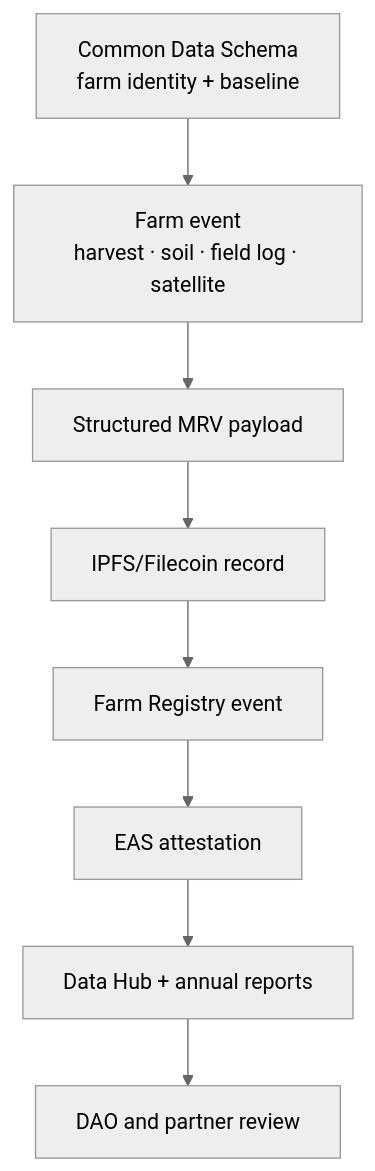
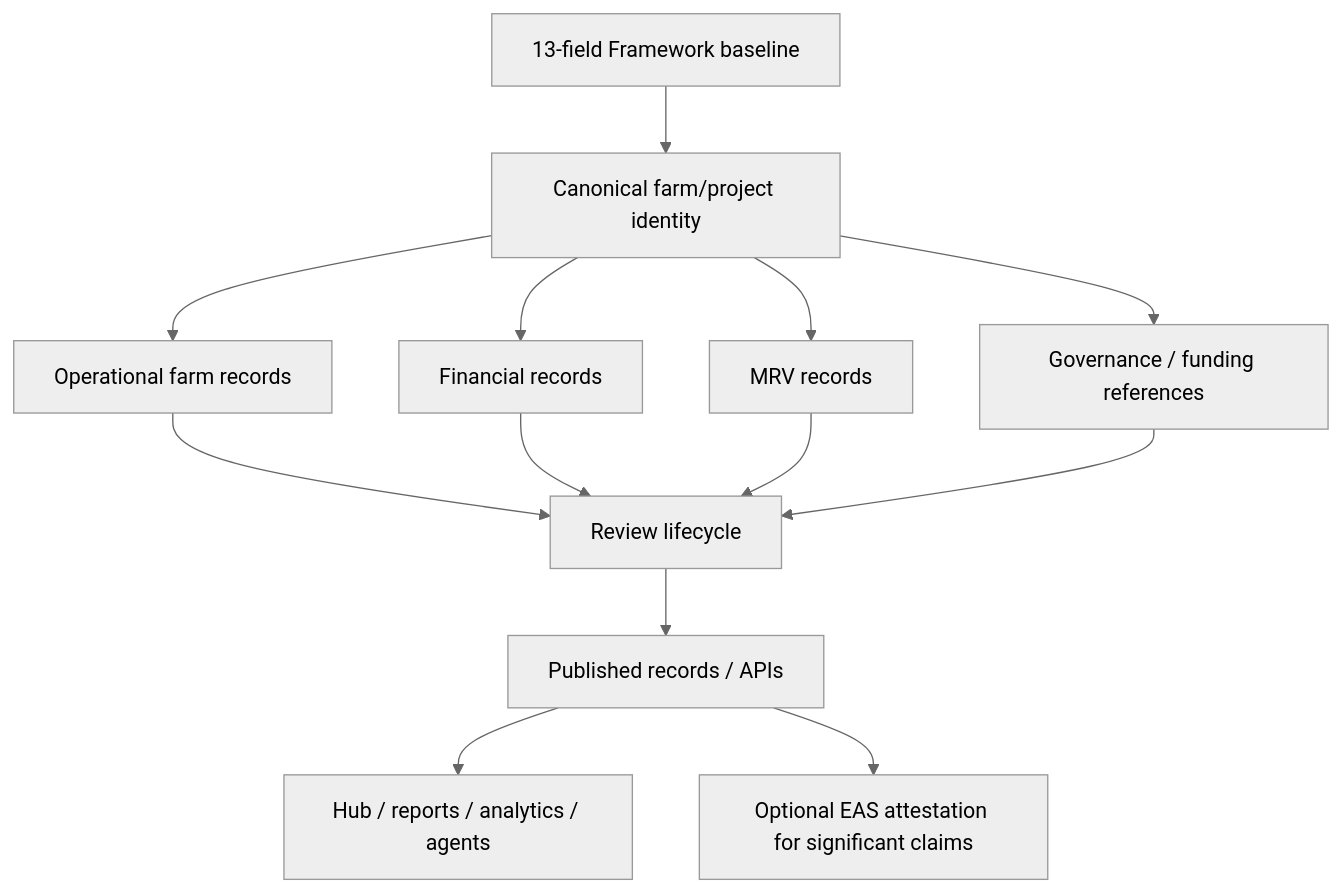
The second of 2 diagrams in kokonut-framework/framework-components/common-data-schema.mdx (wasalo/Kokonut-Public-Site), drawn with Mermaid (neutral theme) before and after one commit. The commit also changed other lines of this file, not shown here.

Commit message:
docs(kokonut-framework): improve common data schema

````diff
--- a/kokonut-framework/framework-components/common-data-schema.mdx
+++ b/kokonut-framework/framework-components/common-data-schema.mdx
@@ -379,10 +573,17 @@
 ```mermaid
 flowchart TD
-    A["Common Data Schema\nfarm identity + baseline"] --> B["Farm event\nharvest · soil · field log · satellite"]
-    B --> C["Structured MRV payload"]
-    C --> D["IPFS/Filecoin record"]
-    D --> E["Farm Registry event"]
-    E --> F["EAS attestation"]
-    F --> G["Data Hub + annual reports"]
-    G --> H["DAO and partner review"]
+    A["13-field Framework baseline"] --> B["Canonical farm/project identity"]
+    B --> C["Operational farm records"]
+    B --> D["Financial records"]
+    B --> E["MRV records"]
+    B --> F["Governance / funding references"]
+
+    C --> G["Review lifecycle"]
+    D --> G
+    E --> G
+    F --> G
+
+    G --> H["Published records / APIs"]
+    H --> I["Hub / reports / analytics / agents"]
+    H --> J["Optional EAS attestation for significant claims"]
 ```
````
